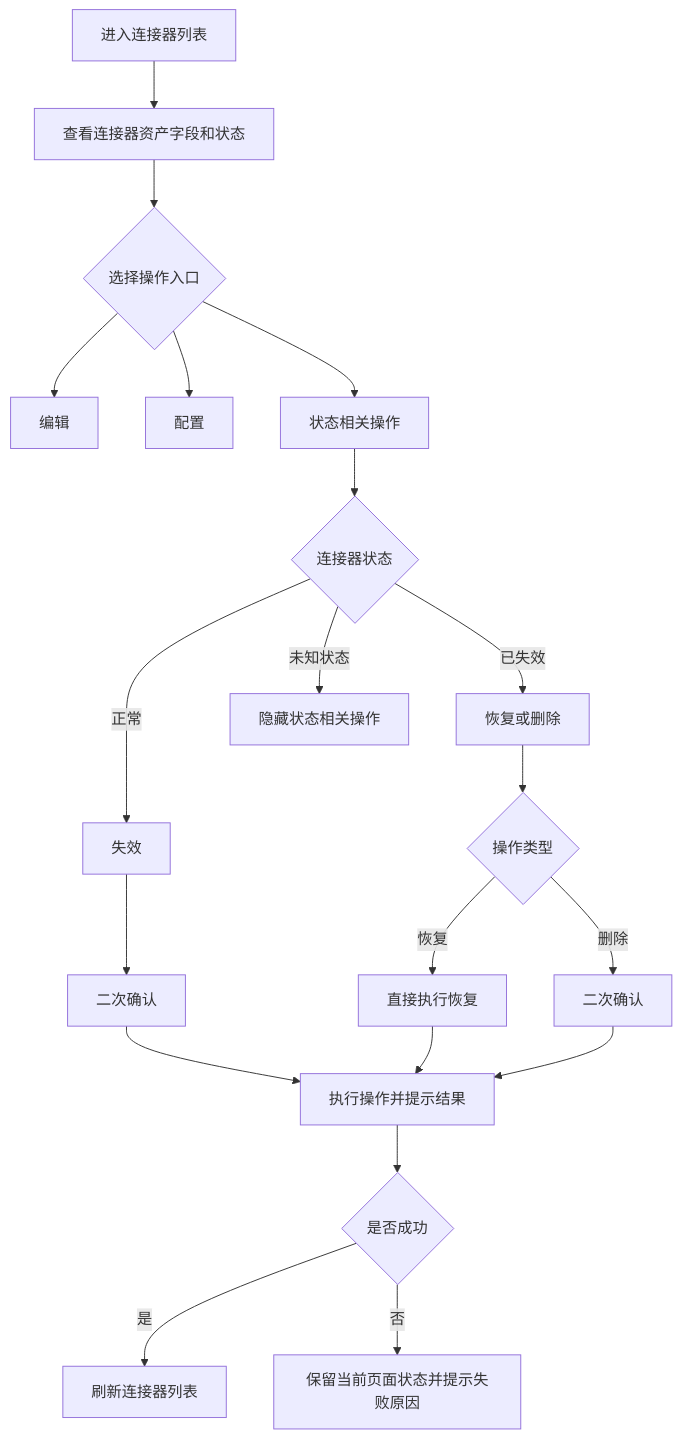
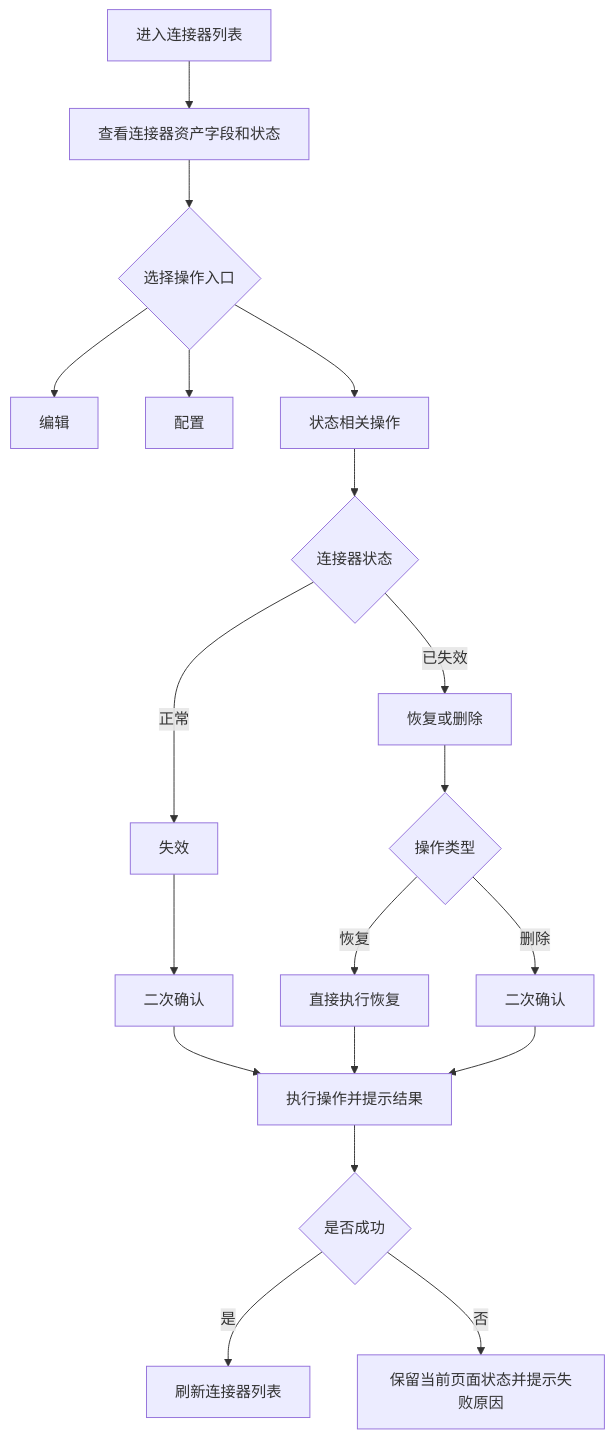
One commit to THZSummer/open-app changed the first of 4 diagrams in front/doc/2026年6月文档/连接器列表需求设计说明书.md. Above: the diagram before and after it, drawn with Mermaid. The commit also changed other lines of this file and 6 other files, not shown here.

````diff
--- a/front/doc/2026年6月文档/连接器列表需求设计说明书.md
+++ b/front/doc/2026年6月文档/连接器列表需求设计说明书.md
@@ -163,22 +168,21 @@
 ```mermaid
 flowchart TD
     A[进入连接器列表] --> B[查看连接器资产字段和状态]
     B --> C{选择操作入口}
     C --> D[编辑]
     C --> E[配置]
     C --> F[状态相关操作]
     F --> G{连接器状态}
     G -->|正常| H[失效]
     G -->|已失效| I[恢复或删除]
-    G -->|未知状态| J[隐藏状态相关操作]
     H --> K[二次确认]
     I --> L{操作类型}
     L -->|恢复| M[直接执行恢复]
     L -->|删除| N[二次确认]
     K --> O[执行操作并提示结果]
     M --> O
     N --> O
     O --> P{是否成功}
     P -->|是| Q[刷新连接器列表]
     P -->|否| R[保留当前页面状态并提示失败原因]
 ```
````
